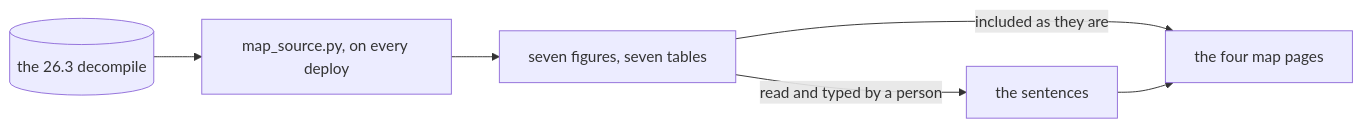
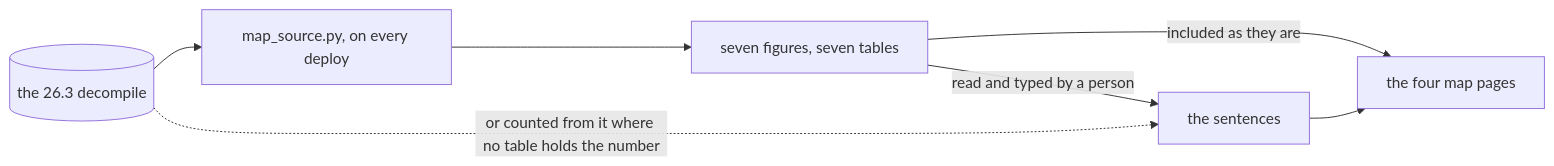
One commit to AlexanderjFraser/MinecraftDocs changed the diagram in src/maps/README.md. Above: the diagram before and after it, drawn with Mermaid. The commit also changed other lines of this file and 31 other files, not shown here.

````diff
--- a/src/maps/README.md
+++ b/src/maps/README.md
@@ -24,6 +23,7 @@
 ```mermaid
 flowchart LR
     D[("the 26.3 decompile")] --> T["map_source.py, on every deploy"] --> G["seven figures, seven tables"]
     G -- "included as they are" --> P["the four map pages"]
     G -- "read and typed by a person" --> S["the sentences"] --> P
+    D -. "or counted from it where no table holds the number" .-> S
 ```
````
